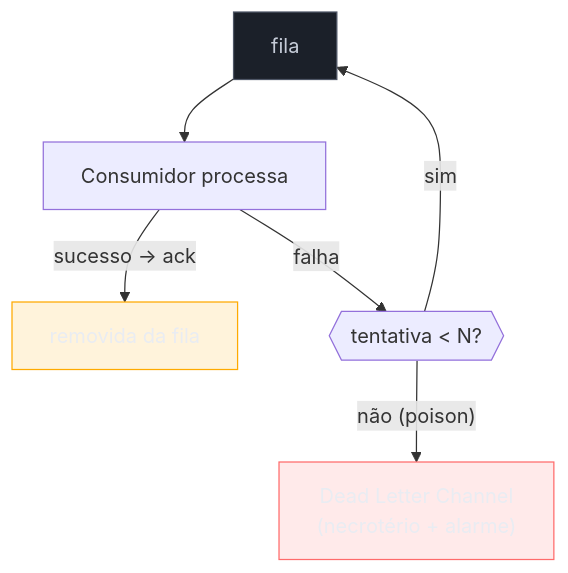
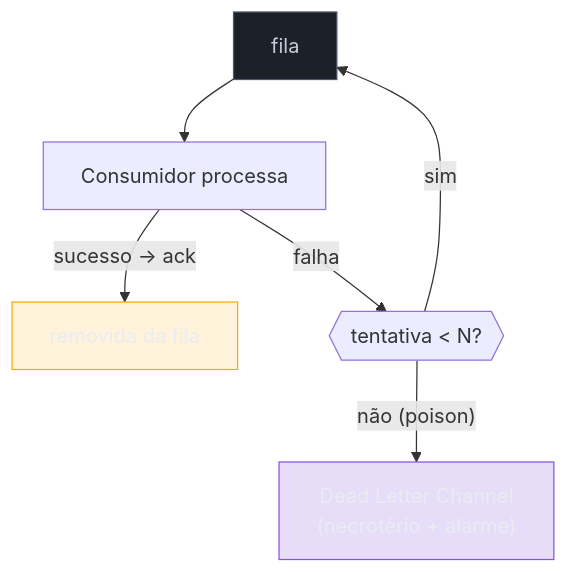
The diagram in 03-Dominios/Engenharia/Design de Software/Padrões de Projeto/Integração Empresarial (EIP)/13 - Guaranteed Delivery + Dead Letter Channel.md (josenaldo/codex-technomanticus), drawn with Mermaid before and after one commit. The commit also changed 601 other files, not shown here.

````diff
--- a/03-Dominios/Engenharia/Design de Software/Padrões de Projeto/Integração Empresarial (EIP)/13 - Guaranteed Delivery + Dead Letter Channel.md
+++ b/03-Dominios/Engenharia/Design de Software/Padrões de Projeto/Integração Empresarial (EIP)/13 - Guaranteed Delivery + Dead Letter Channel.md
@@ -45,15 +45,15 @@
 ```mermaid
 graph TD
+    classDef marca fill:#8855DF33,stroke:#8855DF,color:#E9ECF2
     classDef neutro fill:#1B2029,stroke:#4E5666,color:#C6CCD8
-    classDef falha fill:#FF6B6B24,stroke:#FF6B6B,color:#E9ECF2
     classDef destaque fill:#FFAA0024,stroke:#FFAA00,color:#E9ECF2
     Q["fila"] --> C["Consumidor processa"]
     C -->|"sucesso → ack"| OK["removida da fila"]
     C -->|"falha"| RT{{"tentativa < N?"}}
     RT -->|"sim"| Q
     RT -->|"não (poison)"| DLQ["Dead Letter Channel<br/>(necrotério + alarme)"]
 
     class Q neutro
-    class DLQ falha
+    class DLQ marca
     class OK destaque
 ```
````
